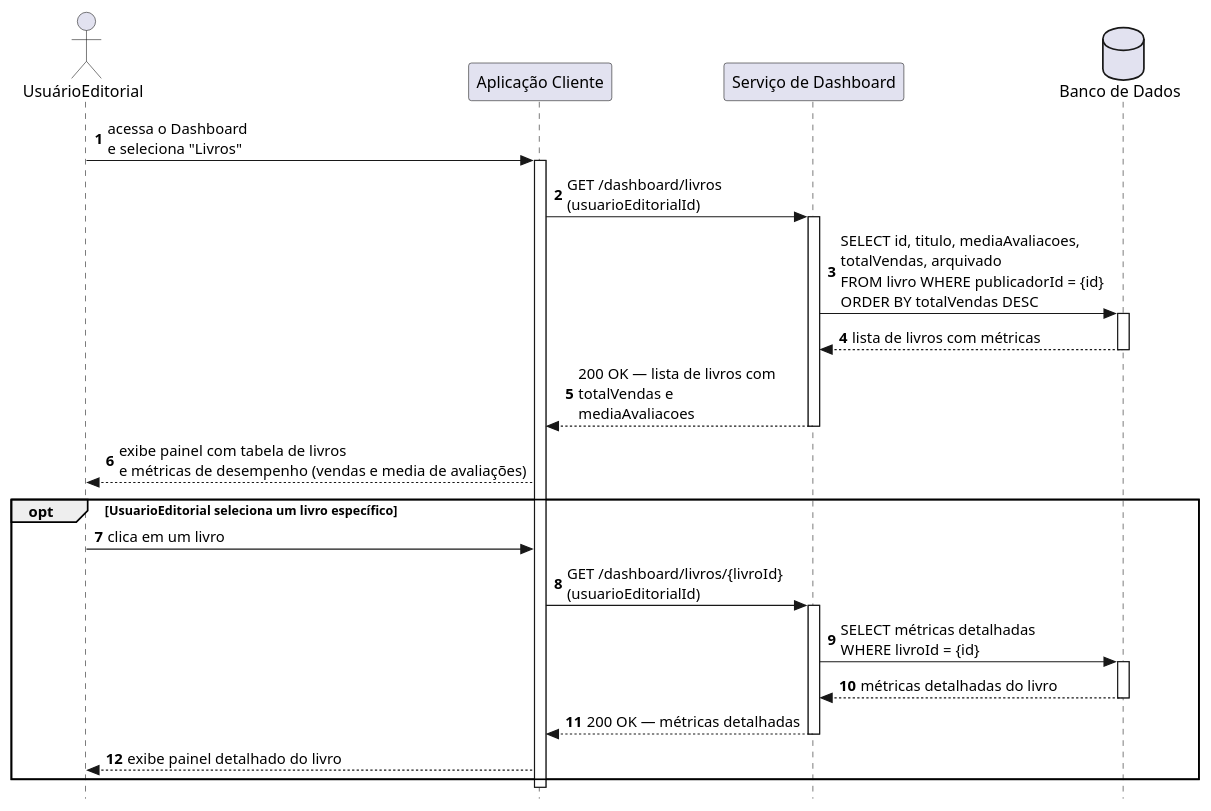
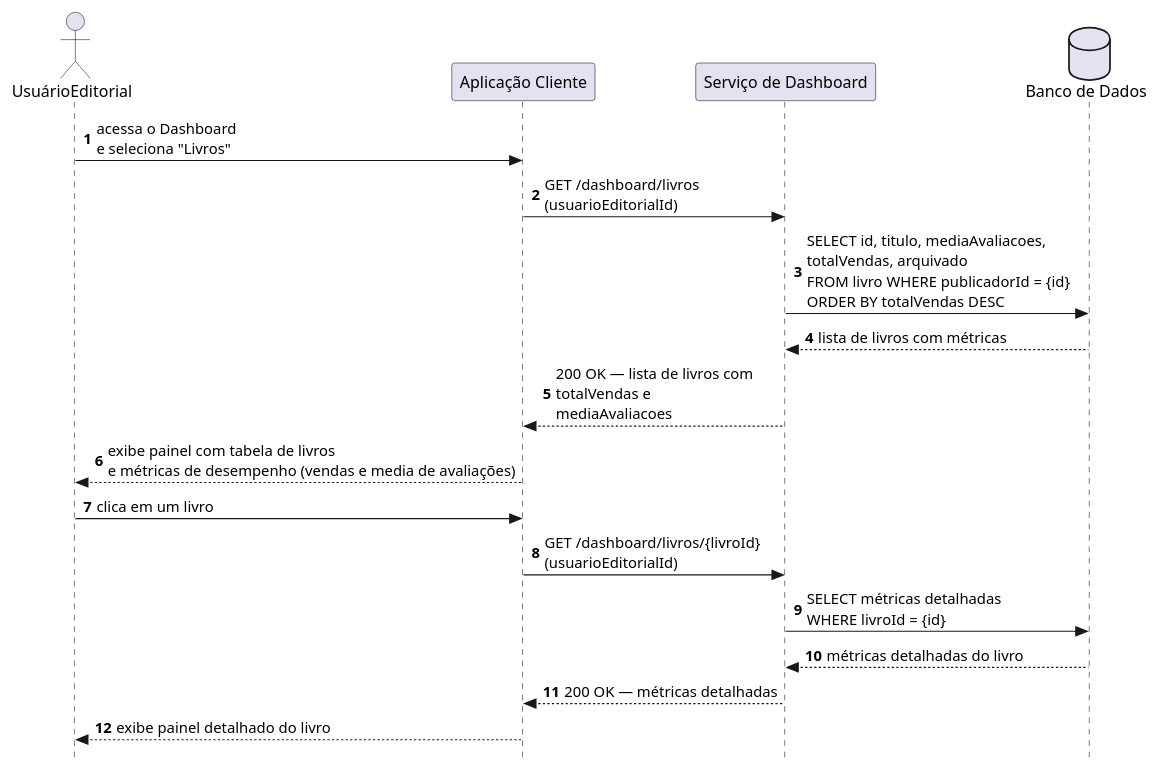
Before and after one commit to jalv21/iLib: the diagram in docs/codigo-plantuml/diagramas-comunicacao/dashboard/dc-analisar_livros.puml, drawn with PlantUML.

Commit message:
docs/criando diagrama de comunicação para analisar livros

```diff
--- a/docs/codigo-plantuml/diagramas-comunicacao/dashboard/dc-analisar_livros.puml
+++ b/docs/codigo-plantuml/diagramas-comunicacao/dashboard/dc-analisar_livros.puml
@@ -1,41 +1,29 @@
-@startuml ds-analisar_livros
+@startuml dc-analisar_livros
 autonumber
 skinparam style strictuml
 
 actor UsuarioEditorial as "UsuárioEditorial"
 participant Client           as "Aplicação Cliente"
 participant ServiceDashboard as "Serviço de Dashboard"
 database    BD               as "Banco de Dados"
 
 UsuarioEditorial -> Client : acessa o Dashboard\ne seleciona "Livros"
-activate Client
 
 Client -> ServiceDashboard : GET /dashboard/livros\n(usuarioEditorialId)
-activate ServiceDashboard
 
 ServiceDashboard -> BD : SELECT id, titulo, mediaAvaliacoes,\ntotalVendas, arquivado\nFROM livro WHERE publicadorId = {id}\nORDER BY totalVendas DESC
-activate BD
 BD --> ServiceDashboard : lista de livros com métricas
-deactivate BD
 
 ServiceDashboard --> Client : 200 OK — lista de livros com\ntotalVendas e \nmediaAvaliacoes
-deactivate ServiceDashboard
 
 Client --> UsuarioEditorial : exibe painel com tabela de livros\ne métricas de desempenho (vendas e media de avaliações)
 
-opt UsuarioEditorial seleciona um livro específico
-    UsuarioEditorial -> Client : clica em um livro
-    Client -> ServiceDashboard : GET /dashboard/livros/{livroId}\n(usuarioEditorialId)
-    activate ServiceDashboard
-    ServiceDashboard -> BD : SELECT métricas detalhadas\nWHERE livroId = {id}
-    activate BD
-    BD --> ServiceDashboard : métricas detalhadas do livro
-    deactivate BD
-    ServiceDashboard --> Client : 200 OK — métricas detalhadas
-    deactivate ServiceDashboard
-    Client --> UsuarioEditorial : exibe painel detalhado do livro
-end
+UsuarioEditorial -> Client : clica em um livro
+Client -> ServiceDashboard : GET /dashboard/livros/{livroId}\n(usuarioEditorialId)
+ServiceDashboard -> BD : SELECT métricas detalhadas\nWHERE livroId = {id}
+BD --> ServiceDashboard : métricas detalhadas do livro
+ServiceDashboard --> Client : 200 OK — métricas detalhadas
+Client --> UsuarioEditorial : exibe painel detalhado do livro
 
-deactivate Client
 
 @enduml
```
